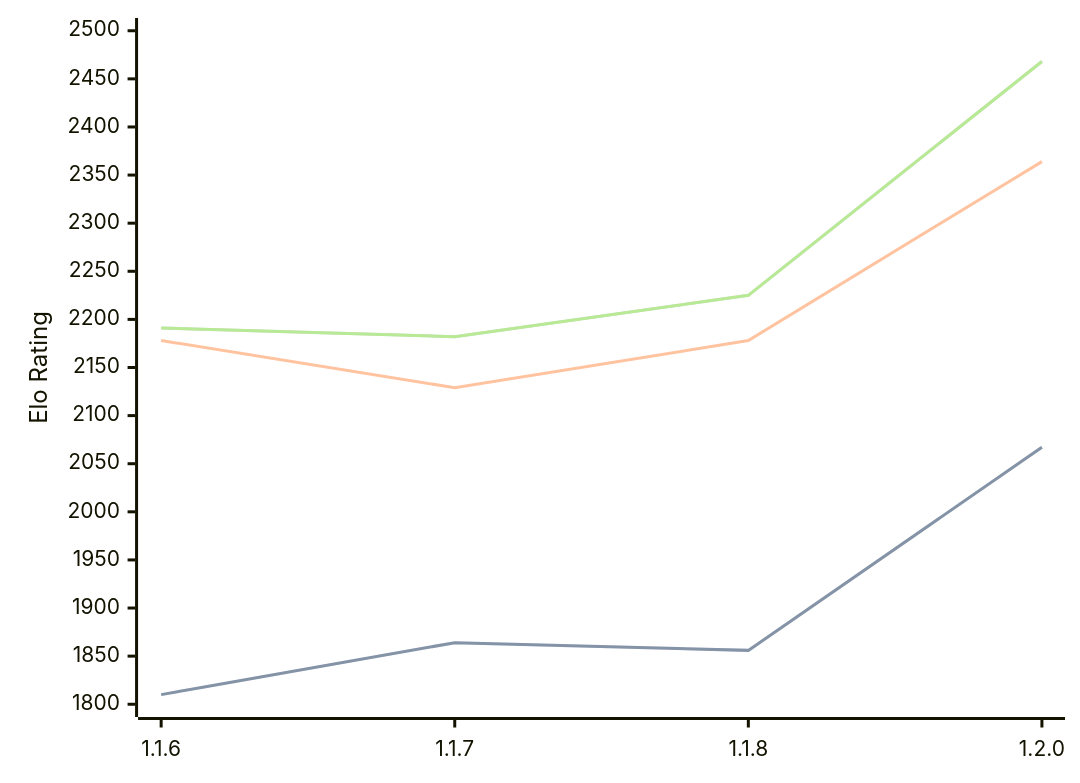
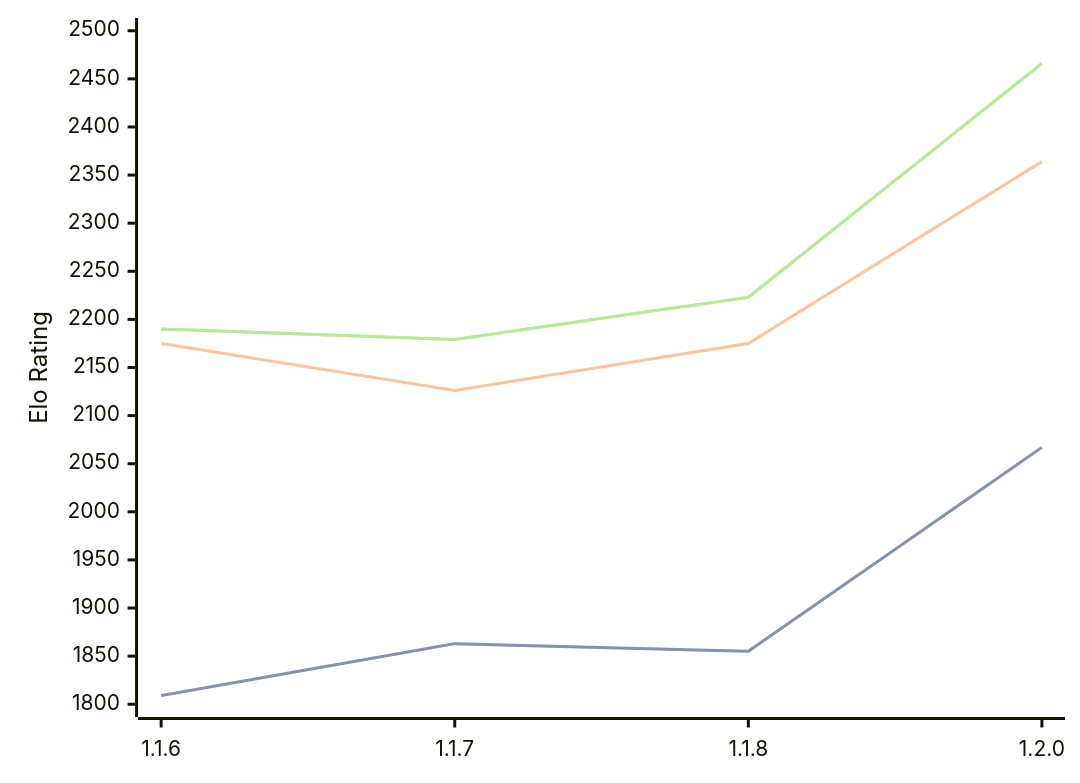
The diagram in engines/Soomi.md (computer-chess-index/cci), drawn with Mermaid before and after one commit. The commit also changed other lines of this file, not shown here.

Commit message:
Update CCI Ratings (ELO VLTC) - 2026-04-01

````diff
--- a/engines/Soomi.md
+++ b/engines/Soomi.md
@@ -34,11 +34,11 @@
 ```mermaid
 %%{init: {"theme":"base","themeVariables":{"seriesColors:['#a3a3a3','#222221','#faa371']}}}%%
 xychart-beta
   x-axis ["1.1.6", "1.1.7", "1.1.8", "1.2.0"]
   y-axis "Elo Rating" 1800 --> 2500
-  line "STC (8.0+0.08s)" [1810, 1864, 1856, 2067]
-  line "STC (8.0+0.08s)" [1810, 1864, 1856, 2067]
-  line "LTC (60.0+0.60s)" [2178, 2129, 2178, 2364]
-  line "VLTC (2m24s+1.12s)" [2191, 2182, 2225, 2468]
-  line "VLTC (2m24s+1.12s)" [2191, 2182, 2225, 2468]
+  line "STC (8.0+0.08s)" [1809, 1863, 1855, 2067]
+  line "STC (8.0+0.08s)" [1809, 1863, 1855, 2067]
+  line "LTC (60.0+0.60s)" [2175, 2126, 2175, 2364]
+  line "VLTC (2m24s+1.12s)" [2190, 2179, 2223, 2466]
+  line "VLTC (2m24s+1.12s)" [2190, 2179, 2223, 2466]
 ```
````
